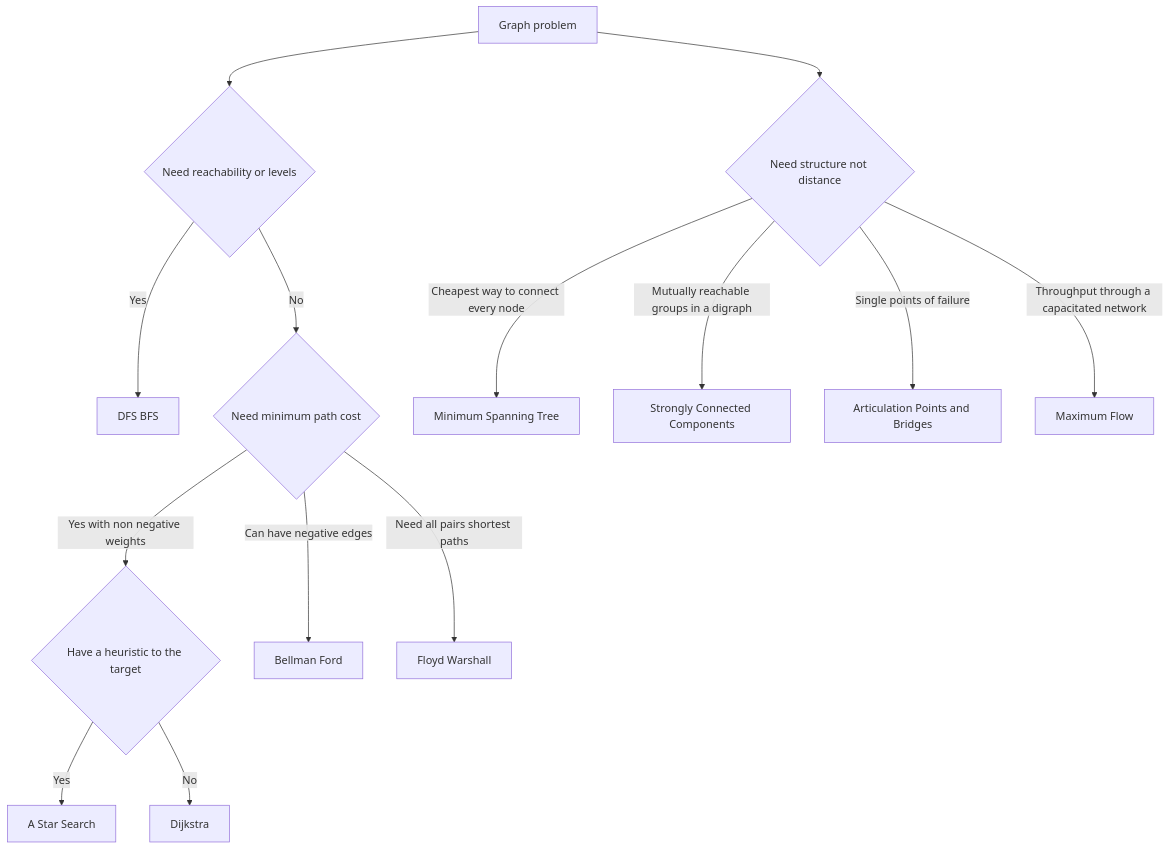
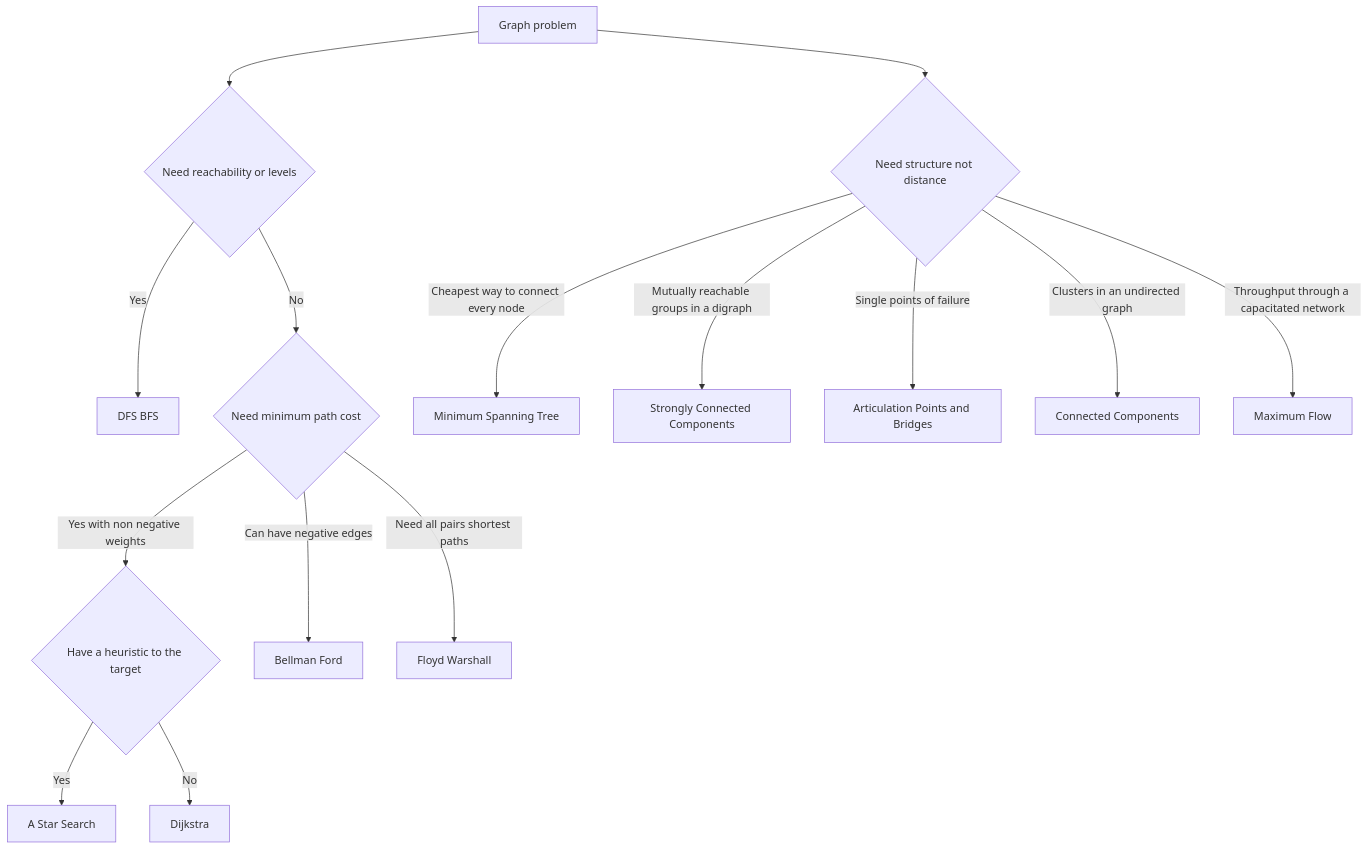
Before and after one commit to grafanaKibana/devbook.zip: the diagram in Vault/Home/Computer Science/Algorithms/Graph Algorithms/Graph Algorithms.md, drawn with Mermaid. The commit also changed other lines of this file and 1 other file, not shown here.

Commit message:
notes: add Connected Components page

````diff
--- a/Vault/Home/Computer Science/Algorithms/Graph Algorithms/Graph Algorithms.md
+++ b/Vault/Home/Computer Science/Algorithms/Graph Algorithms/Graph Algorithms.md
@@ -21,16 +21,17 @@
 ```mermaid
 flowchart TD
   A[Graph problem] --> B{Need reachability or levels}
   B -->|Yes| C[DFS BFS]
   B -->|No| D{Need minimum path cost}
   D -->|Yes with non negative weights| E{Have a heuristic to the target}
   E -->|Yes| E1[A Star Search]
   E -->|No| E2[Dijkstra]
   D -->|Can have negative edges| F[Bellman Ford]
   D -->|Need all pairs shortest paths| G[Floyd Warshall]
   A --> H{Need structure not distance}
   H -->|Cheapest way to connect every node| I[Minimum Spanning Tree]
   H -->|Mutually reachable groups in a digraph| J[Strongly Connected Components]
   H -->|Single points of failure| K[Articulation Points and Bridges]
+  H -->|Clusters in an undirected graph| M[Connected Components]
   H -->|Throughput through a capacitated network| L[Maximum Flow]
 ```
````
